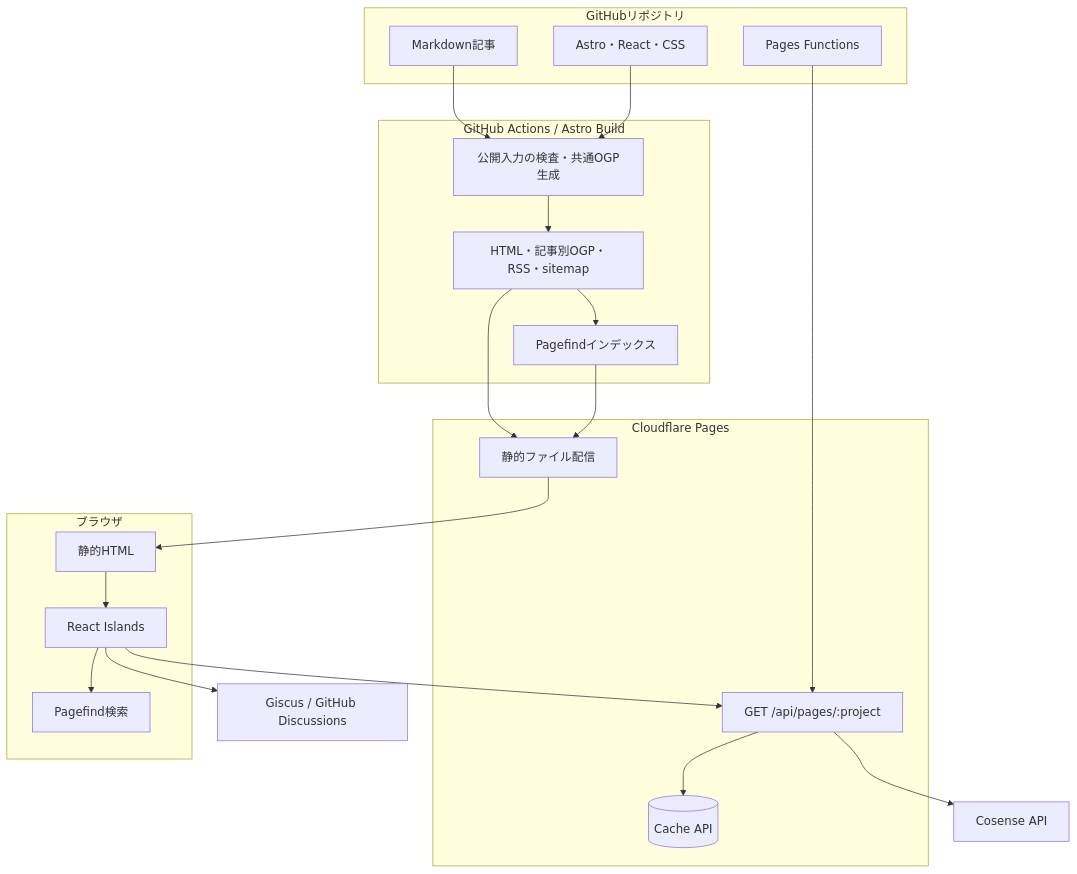
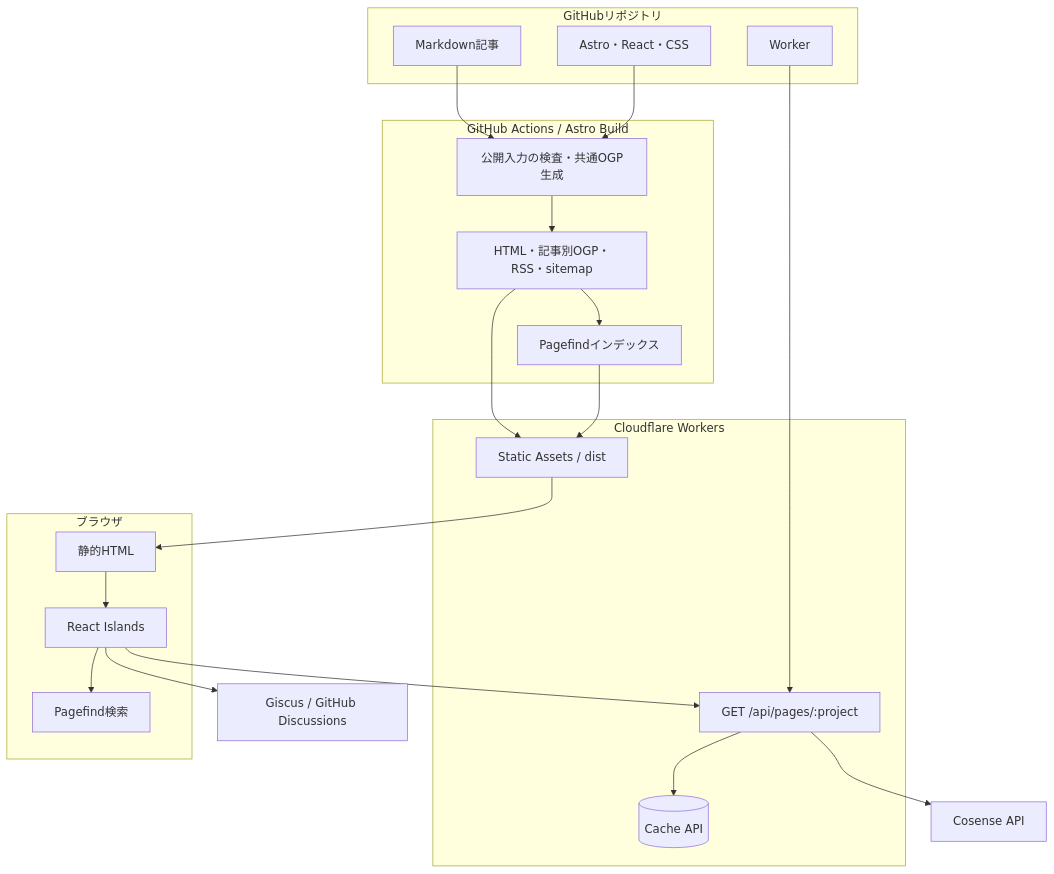
One commit to KJR020/kjr020-blog changed the first of 2 diagrams in docs/architecture/overview.md. Above: the diagram before and after it, drawn with Mermaid. The commit also changed other lines of this file and 9 other files, not shown here.

````diff
--- a/docs/architecture/overview.md
+++ b/docs/architecture/overview.md
@@ -7,41 +7,41 @@
 ```mermaid
 graph TB
     subgraph Repository["GitHubリポジトリ"]
         Content[Markdown記事]
         Source[Astro・React・CSS]
-        FunctionSource[Pages Functions]
+        FunctionSource[Worker]
     end
 
     subgraph Build["GitHub Actions / Astro Build"]
         Prebuild[公開入力の検査・共通OGP生成]
         Static[HTML・記事別OGP・RSS・sitemap]
         SearchIndex[Pagefindインデックス]
     end
 
-    subgraph Cloudflare["Cloudflare Pages"]
-        CDN[静的ファイル配信]
+    subgraph Cloudflare["Cloudflare Workers"]
+        CDN[Static Assets / dist]
         Functions[GET /api/pages/:project]
         Cache[(Cache API)]
     end
 
     subgraph Browser["ブラウザ"]
         Page[静的HTML]
         Islands[React Islands]
         Search[Pagefind検索]
     end
 
     Content --> Prebuild
     Source --> Prebuild
     Prebuild --> Static
     Static --> SearchIndex
     Static --> CDN
     SearchIndex --> CDN
     FunctionSource --> Functions
     CDN --> Page
     Page --> Islands
     Islands --> Search
     Islands --> Functions
     Functions --> Cache
     Functions --> Cosense[Cosense API]
     Islands --> Giscus[Giscus / GitHub Discussions]
 ```
````
